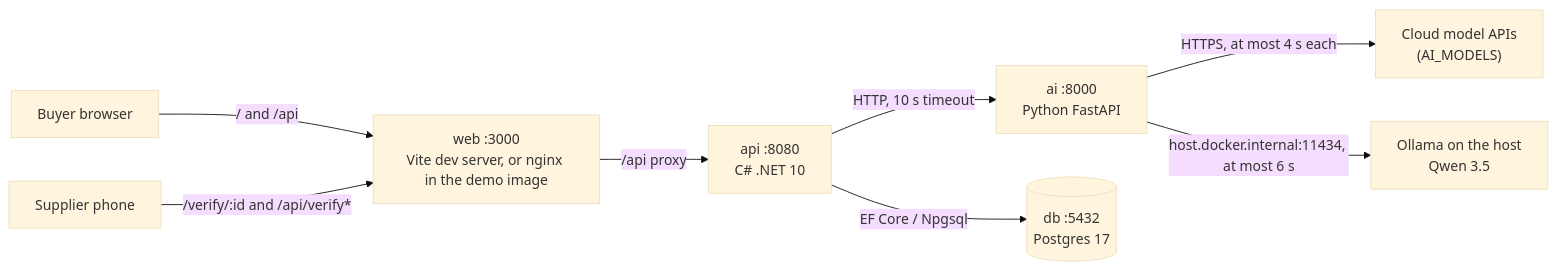
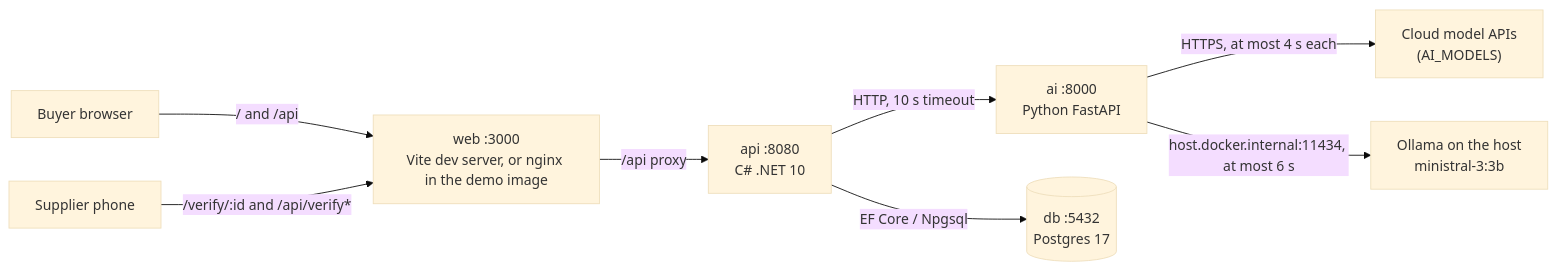
The first of 3 diagrams in docs/ARCHITECTURE.md (tudor-n/tracegreen), drawn with Mermaid (base theme) before and after one commit. The commit also changed other lines of this file and 6 other files, not shown here.

````diff
--- a/docs/ARCHITECTURE.md
+++ b/docs/ARCHITECTURE.md
@@ -7,10 +7,10 @@
 ```mermaid
 flowchart LR
   B[Buyer browser] -- "/ and /api" --> W
   P[Supplier phone] -- "/verify/:id and /api/verify*" --> W
   W["web :3000<br/>Vite dev server, or nginx in the demo image"] -- "/api proxy" --> A["api :8080<br/>C# .NET 10"]
   A -- "HTTP, 10 s timeout" --> I["ai :8000<br/>Python FastAPI"]
   A -- "EF Core / Npgsql" --> D[("db :5432<br/>Postgres 17")]
   I -- "HTTPS, at most 4 s each" --> M["Cloud model APIs<br/>(AI_MODELS)"]
-  I -- "host.docker.internal:11434, at most 6 s" --> O["Ollama on the host<br/>Qwen 3.5"]
+  I -- "host.docker.internal:11434, at most 6 s" --> O["Ollama on the host<br/>ministral-3:3b"]
 ```
````
